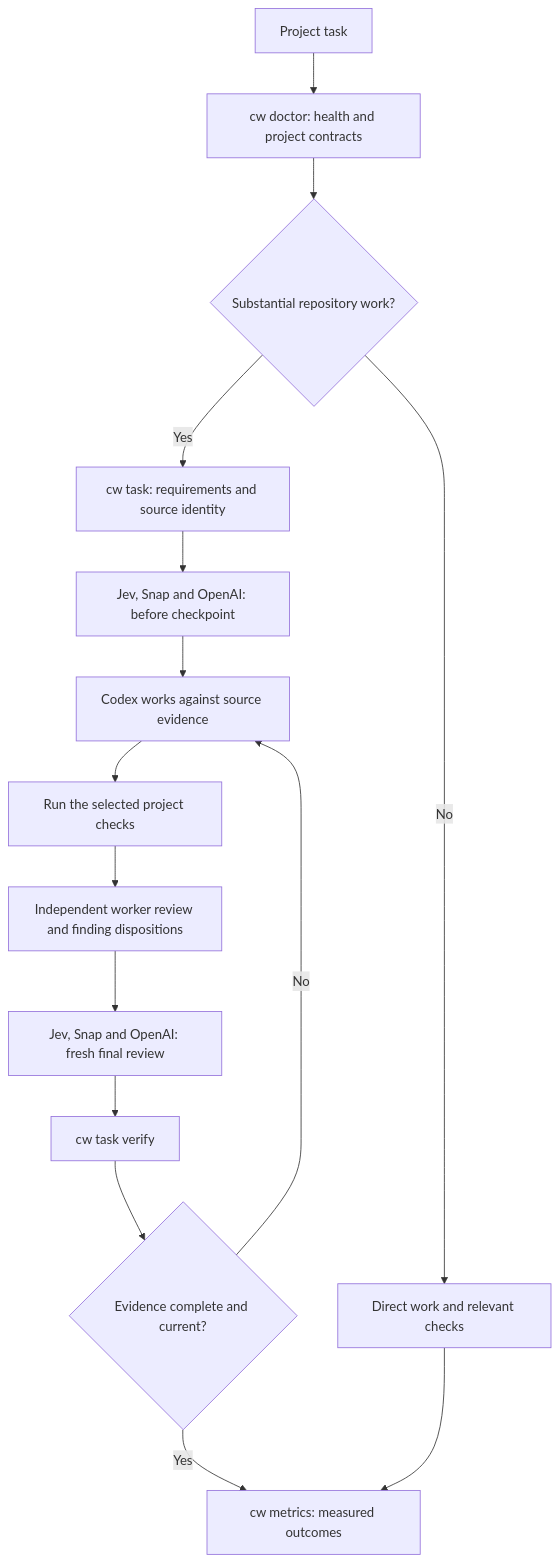
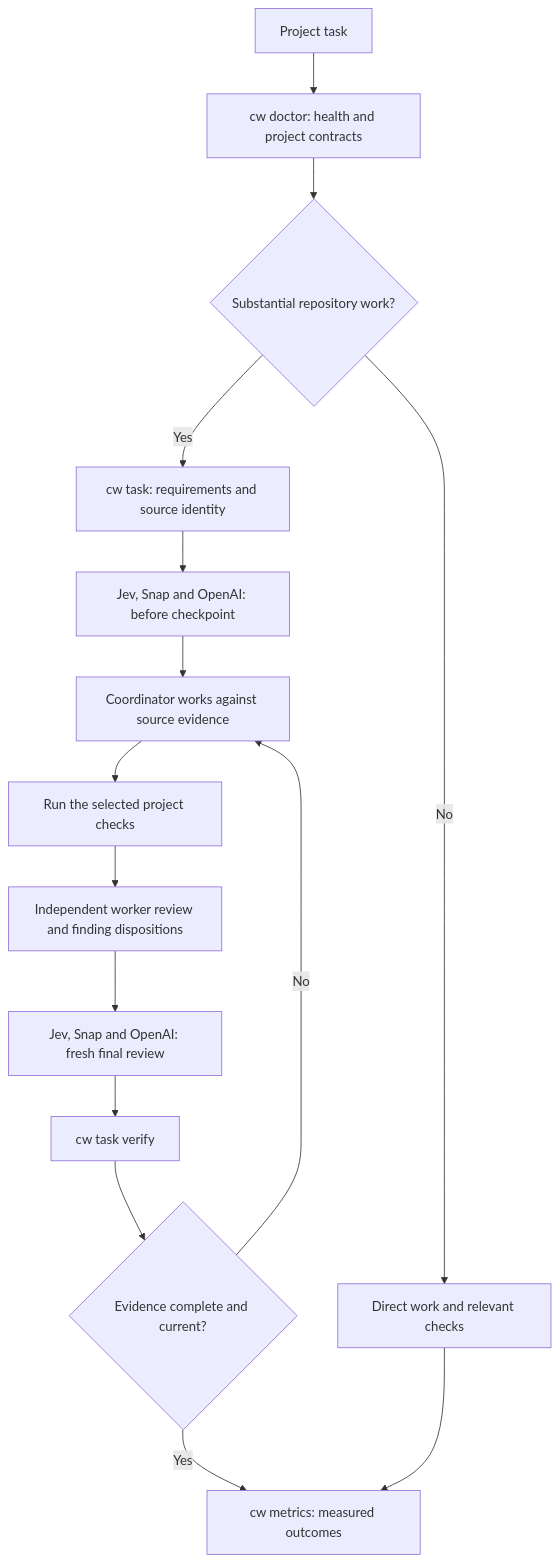
One commit to belevtsev/agent-workflows changed the first of 2 diagrams in README.md. Above: the diagram before and after it, drawn with Mermaid. The commit also changed other lines of this file and 127 other files, not shown here.

````diff
--- a/README.md
+++ b/README.md
@@ -183,17 +259,17 @@
 ```mermaid
 flowchart TD
     Task[Project task] --> Doctor[cw doctor: health and project contracts]
     Doctor --> Size{Substantial repository work?}
     Size -->|No| Small[Direct work and relevant checks]
     Size -->|Yes| Record[cw task: requirements and source identity]
     Record --> Before[Jev, Snap and OpenAI: before checkpoint]
-    Before --> Work[Codex works against source evidence]
+    Before --> Work[Coordinator works against source evidence]
     Work --> Checks[Run the selected project checks]
     Checks --> Review[Independent worker review and finding dispositions]
     Review --> Final[Jev, Snap and OpenAI: fresh final review]
     Final --> Verify[cw task verify]
     Verify --> Complete{Evidence complete and current?}
     Complete -->|No| Work
     Complete -->|Yes| Metrics[cw metrics: measured outcomes]
     Small --> Metrics
 ```
````
